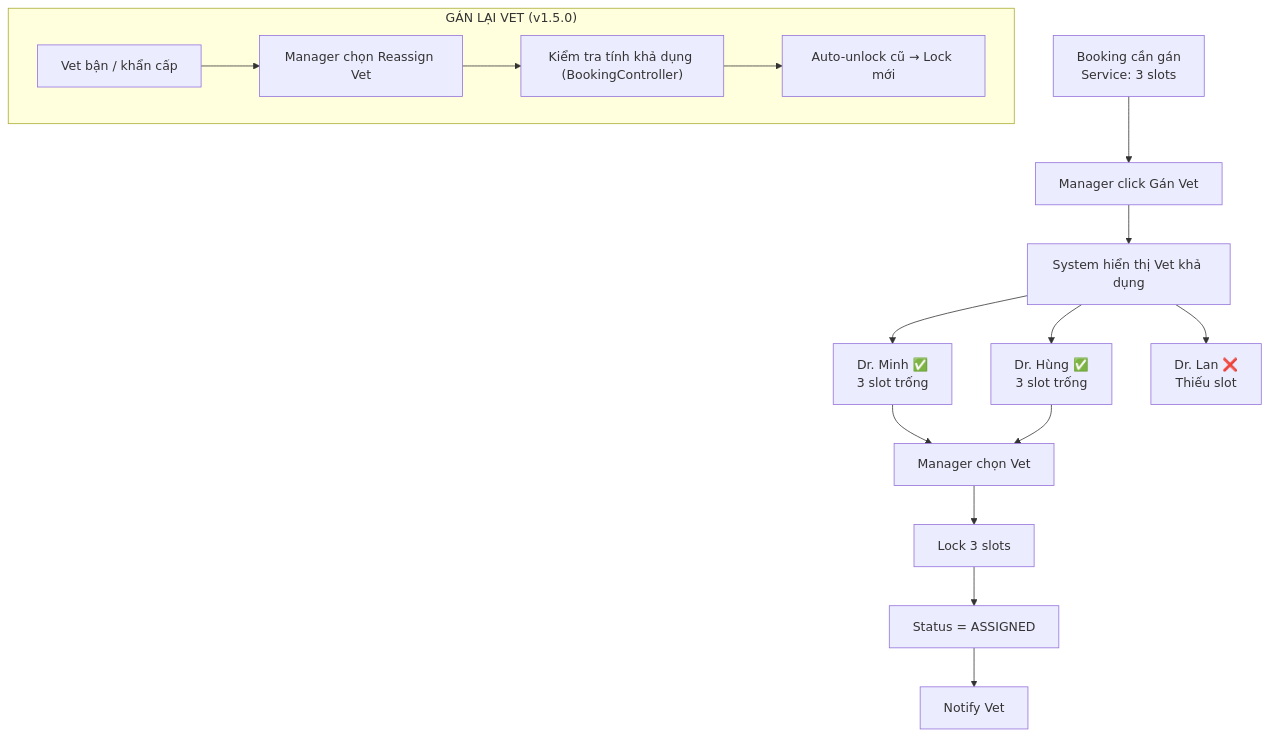
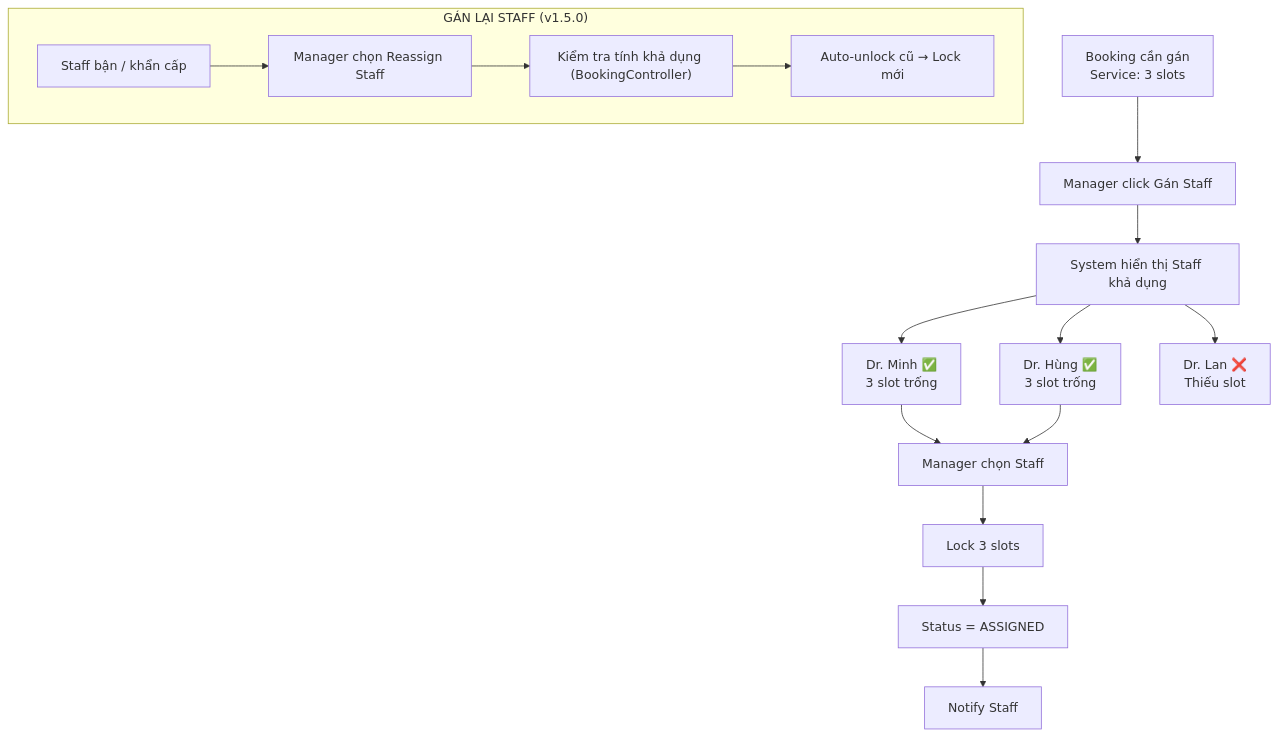
Before and after one commit to espresso23/Petties-Veterinary-Appointment-Booking-Platform: the third of 5 diagrams in docs-references/documentation/VET_SCHEDULING_STRATEGY.md, drawn with Mermaid. The commit also changed other lines of this file and 204 other files, not shown here.

First line of the commit message:
refactor(all): complete vet→staff naming migration across codebase

````diff
--- a/docs-references/documentation/VET_SCHEDULING_STRATEGY.md
+++ b/docs-references/documentation/VET_SCHEDULING_STRATEGY.md
@@ -215,22 +216,22 @@
 ```mermaid
 flowchart TB
-    A["Booking cần gán<br/>Service: 3 slots"] --> B["Manager click Gán Vet"]
-    B --> C["System hiển thị Vet khả dụng"]
+    A["Booking cần gán<br/>Service: 3 slots"] --> B["Manager click Gán Staff"]
+    B --> C["System hiển thị Staff khả dụng"]
     
     C --> D["Dr. Minh ✅<br/>3 slot trống"]
     C --> E["Dr. Hùng ✅<br/>3 slot trống"]
     C --> F["Dr. Lan ❌<br/>Thiếu slot"]
     
-    D --> G["Manager chọn Vet"]
+    D --> G["Manager chọn Staff"]
     E --> G
     
     G --> H["Lock 3 slots"]
     H --> I["Status = ASSIGNED"]
-    I --> J["Notify Vet"]
+    I --> J["Notify Staff"]
 
-    subgraph REASSIGN["GÁN LẠI VET (v1.5.0)"]
-        K["Vet bận / khẩn cấp"] --> L["Manager chọn Reassign Vet"]
+    subgraph REASSIGN["GÁN LẠI STAFF (v1.5.0)"]
+        K["Staff bận / khẩn cấp"] --> L["Manager chọn Reassign Staff"]
         L --> M["Kiểm tra tính khả dụng (BookingController)"]
         M --> N["Auto-unlock cũ → Lock mới"]
     end
 ```
````
